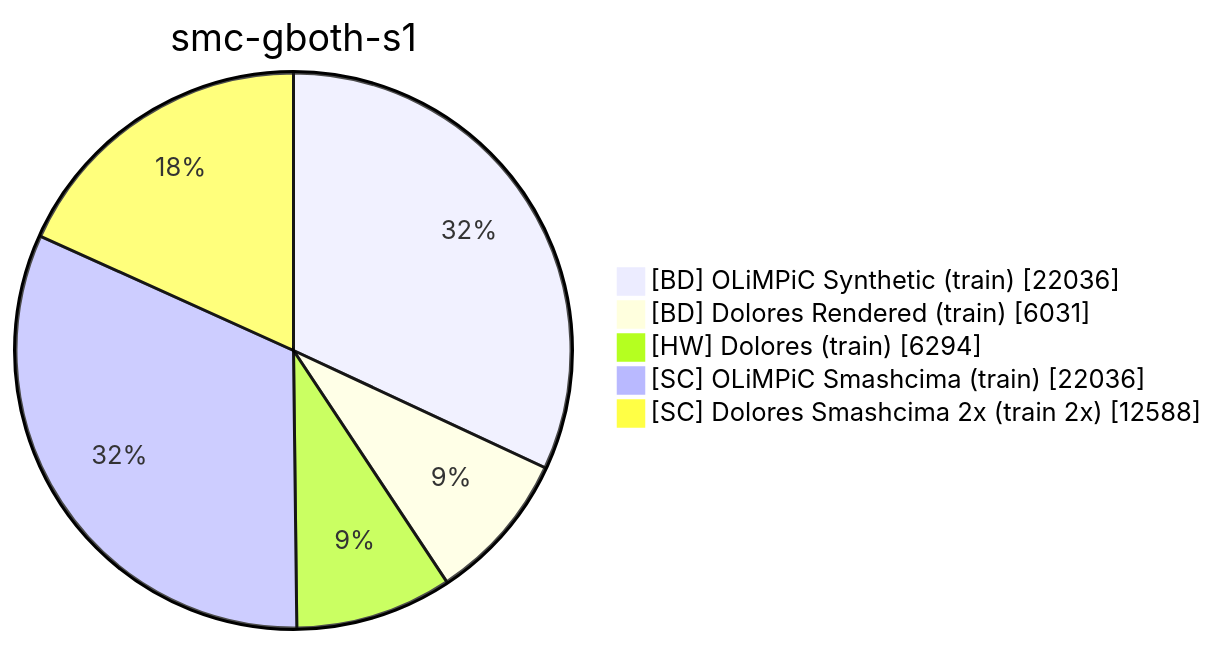
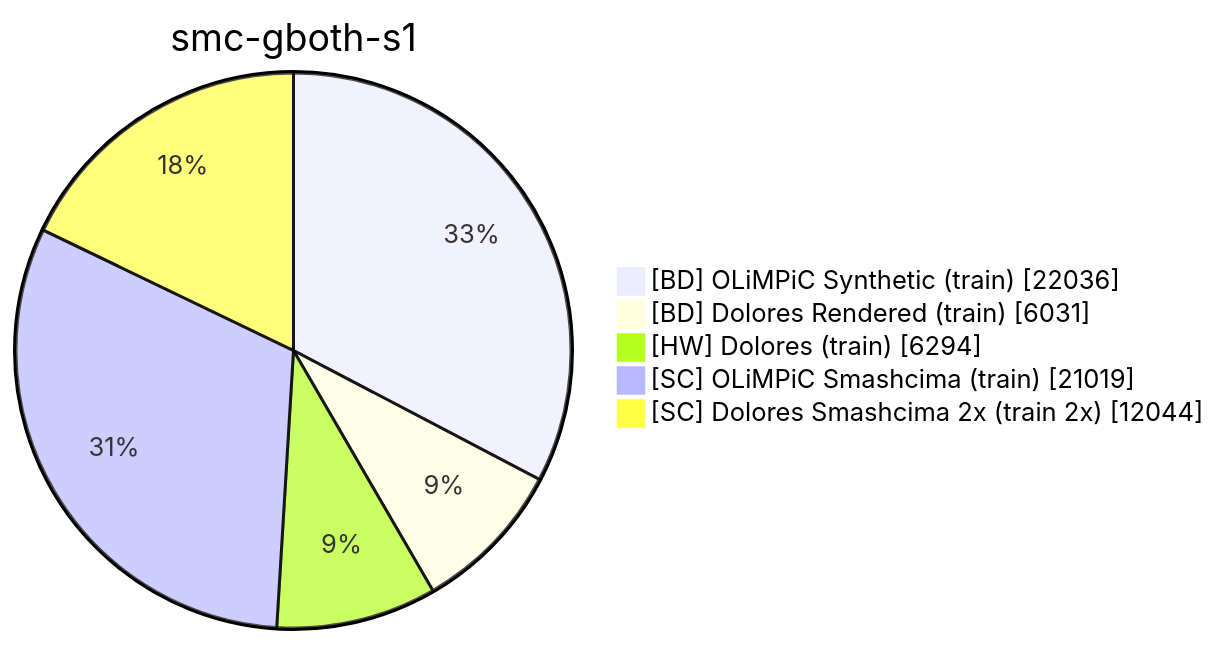
Before and after one commit to Jirka-Mayer/ijdar: the third of 11 diagrams in docs/smashcima.md, drawn with Mermaid. The commit also changed other lines of this file and 9 other files, not shown here.

````diff
--- a/docs/smashcima.md
+++ b/docs/smashcima.md
@@ -103,8 +105,8 @@
 ```mermaid
 pie showData title smc-gboth-s1
     "[BD] OLiMPiC Synthetic (train)" : 22036
     "[BD] Dolores Rendered (train)" : 6031
     "[HW] Dolores (train)" : 6294
-    "[SC] OLiMPiC Smashcima (train)" : 22036
-    "[SC] Dolores Smashcima 2x (train 2x)" : 12588
+    "[SC] OLiMPiC Smashcima (train)" : 21019
+    "[SC] Dolores Smashcima 2x (train 2x)" : 12044
 ```
````
